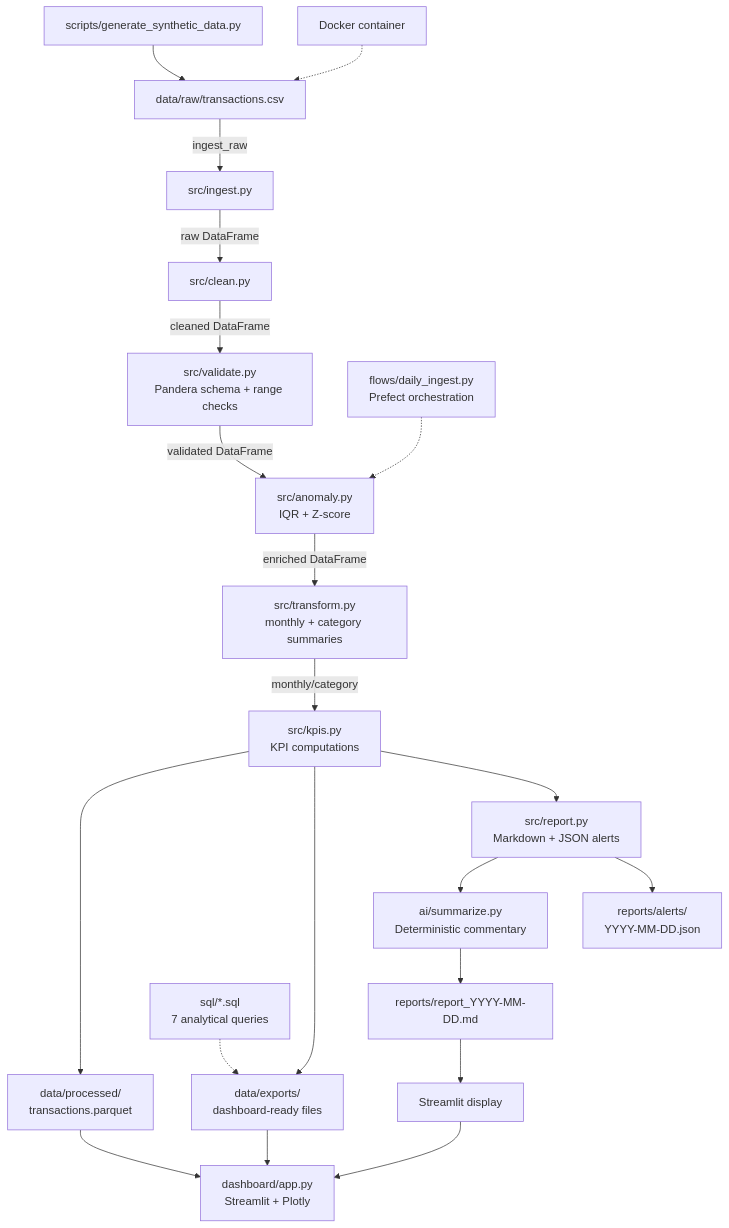
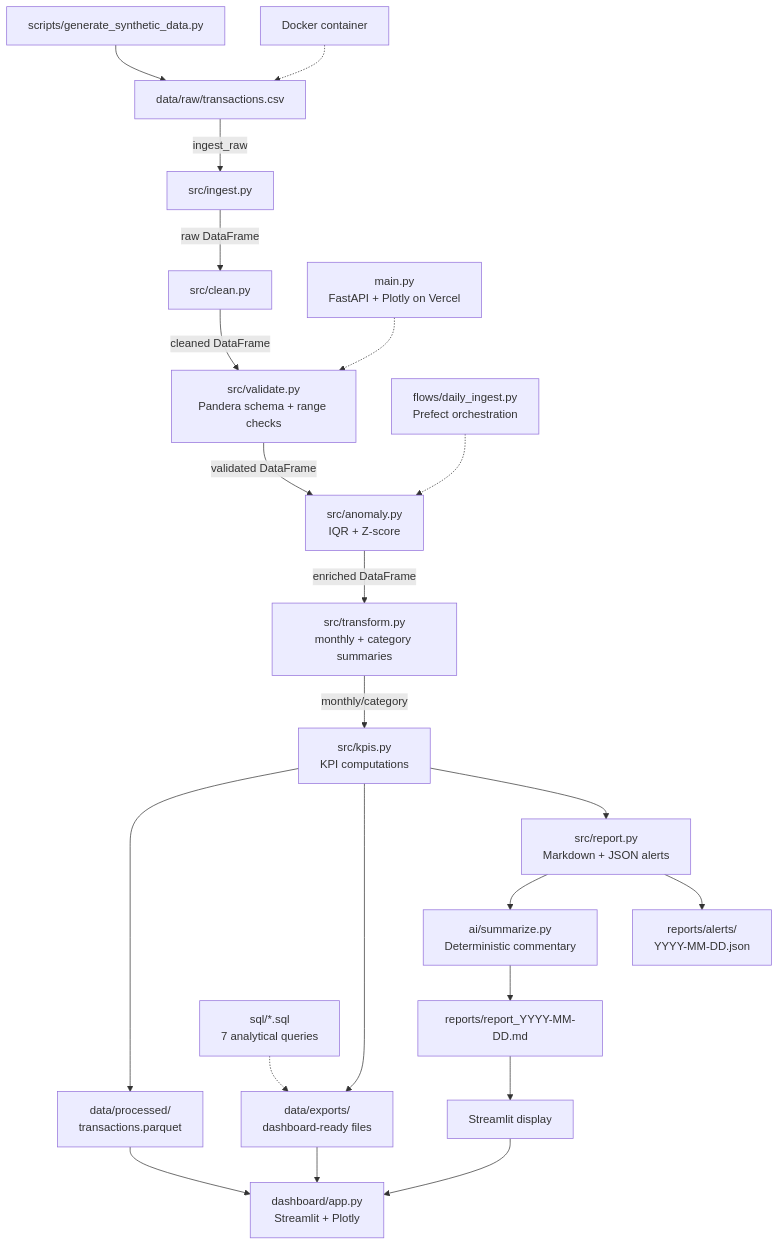
The diagram in docs/architecture.md (hck6ladik-coder/financial-operations-analytics), drawn with Mermaid before and after one commit. The commit also changed other lines of this file and 8 other files, not shown here.

First line of the commit message:
Add FastAPI + Plotly web entrypoint for Vercel deploy

````diff
--- a/docs/architecture.md
+++ b/docs/architecture.md
@@ -3,23 +3,24 @@
 ```mermaid
 flowchart TD
     A[data/raw/transactions.csv] -->|ingest_raw| B[src/ingest.py]
     B -->|raw DataFrame| C[src/clean.py]
     C -->|cleaned DataFrame| D[src/validate.py<br/>Pandera schema + range checks]
     D -->|validated DataFrame| E[src/anomaly.py<br/>IQR + Z-score]
     E -->|enriched DataFrame| F[src/transform.py<br/>monthly + category summaries]
     F -->|monthly/category| G[src/kpis.py<br/>KPI computations]
     G --> H[data/processed/<br/>transactions.parquet]
     G --> I[data/exports/<br/>dashboard-ready files]
     H --> J[dashboard/app.py<br/>Streamlit + Plotly]
     I --> J
     G --> K[src/report.py<br/>Markdown + JSON alerts]
     K --> L[ai/summarize.py<br/>Deterministic commentary]
     L --> M[reports/report_YYYY-MM-DD.md]
     K --> N[reports/alerts/<br/>YYYY-MM-DD.json]
     M --> O[Streamlit display]
     O --> J
     P[sql/*.sql<br/>7 analytical queries] -.-> I
     Q[scripts/generate_synthetic_data.py] --> A
     R[flows/daily_ingest.py<br/>Prefect orchestration] -.-> E
     S[Docker container] -.-> A
+    T[main.py<br/>FastAPI + Plotly on Vercel] -.-> D
 ```
````
